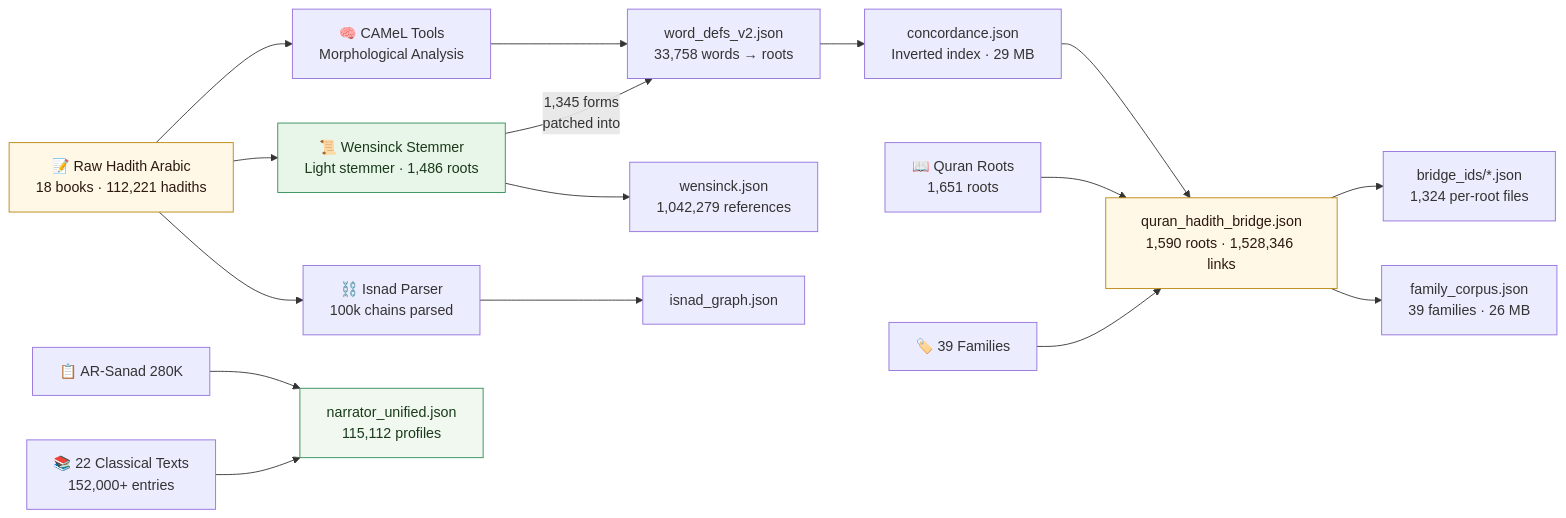
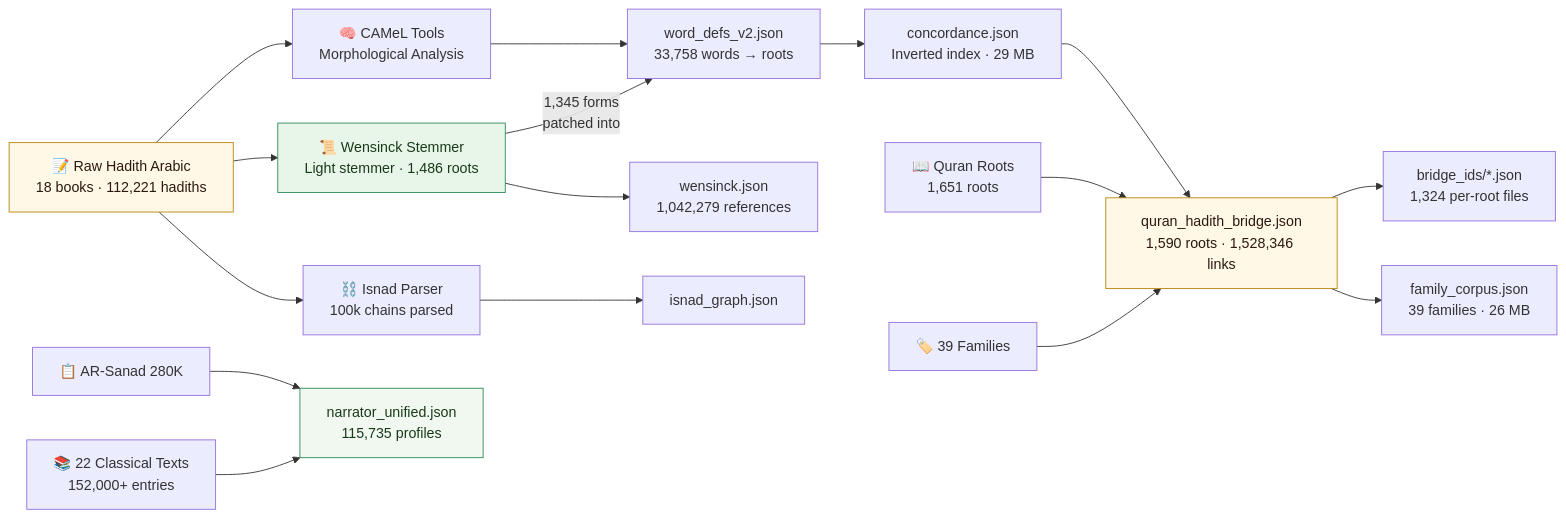
One commit to R3GENESI5/hadith changed the second of 3 diagrams in README.md. Above: the diagram before and after it, drawn with Mermaid. The commit also changed other lines of this file and 19 other files, not shown here.

````diff
--- a/README.md
+++ b/README.md
@@ -800,26 +800,26 @@
 ```mermaid
 graph LR
     RAW["📝 Raw Hadith Arabic<br/>18 books · 112,221 hadiths"] --> CAMEL["🧠 CAMeL Tools<br/>Morphological Analysis"]
     CAMEL --> WD["word_defs_v2.json<br/>33,758 words → roots"]
     WD --> CONC["concordance.json<br/>Inverted index · 29 MB"]
     CONC --> BRIDGE["quran_hadith_bridge.json<br/>1,590 roots · 1,528,346 links"]
 
     RAW --> WENSINCK["📜 Wensinck Stemmer<br/>Light stemmer · 1,486 roots"]
     WENSINCK --> |"1,345 forms<br/>patched into"| WD
     WENSINCK --> WJSON["wensinck.json<br/>1,042,279 references"]
 
     QROOTS["📖 Quran Roots<br/>1,651 roots"] --> BRIDGE
     FAMILIES["🏷️ 39 Families"] --> BRIDGE
     BRIDGE --> BIDS["bridge_ids/*.json<br/>1,324 per-root files"]
     BRIDGE --> FCORP["family_corpus.json<br/>39 families · 26 MB"]
 
     RAW --> ISNAD["⛓️ Isnad Parser<br/>100k chains parsed"]
     ISNAD --> IG["isnad_graph.json"]
-    ARSANAD["📋 AR-Sanad 280K"] --> UNIFIED["narrator_unified.json<br/>115,112 profiles"]
+    ARSANAD["📋 AR-Sanad 280K"] --> UNIFIED["narrator_unified.json<br/>115,735 profiles"]
     OPENITI["📚 22 Classical Texts<br/>152,000+ entries"] --> UNIFIED
 
     style RAW fill:#fff8e7,stroke:#b8860b,color:#2c1810
     style BRIDGE fill:#fff8e7,stroke:#b8860b,color:#2c1810
     style UNIFIED fill:#f0f8f0,stroke:#2e8b57,color:#1a3a1a
     style WENSINCK fill:#e8f5e9,stroke:#2e8b57,color:#1a3a1a
 ```
````
